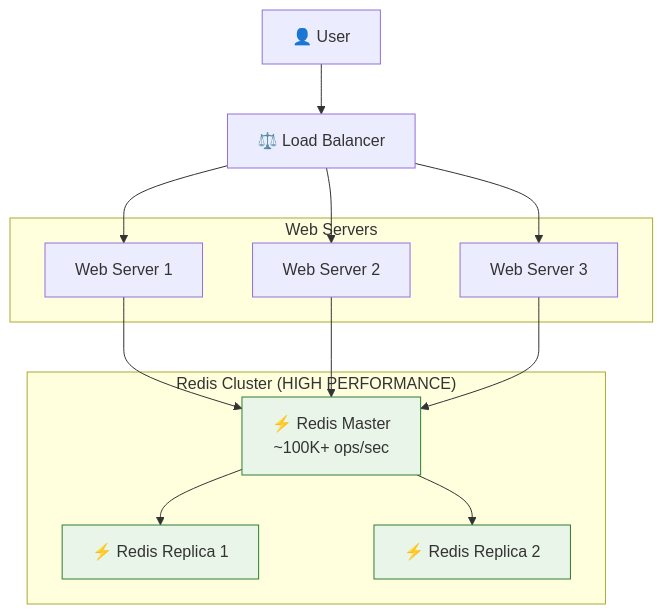
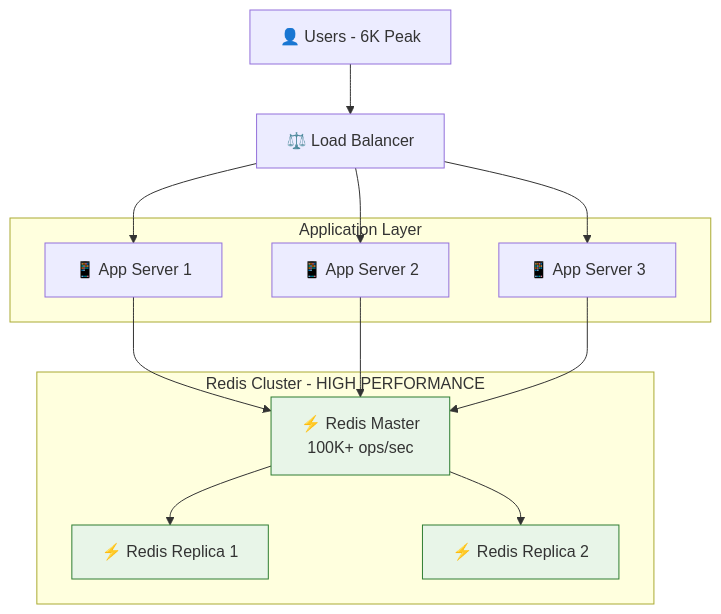
One commit to fewsh-son/redis changed the second of 3 diagrams in login-cookie-cache/README.md. Above: the diagram before and after it, drawn with Mermaid. The commit also changed other lines of this file, not shown here.

````diff
--- a/login-cookie-cache/README.md
+++ b/login-cookie-cache/README.md
@@ -92,33 +53,26 @@
 ```mermaid
 graph TB
-    User[👤 User]
+    User[👤 Users - 6K Peak]
     LB[⚖️ Load Balancer]
 
-    subgraph "Web Servers"
-        WS1[Web Server 1]
-        WS2[Web Server 2]
-        WS3[Web Server 3]
+    subgraph "Application Layer"
+        App1[📱 App Server 1]
+        App2[📱 App Server 2]
+        App3[📱 App Server 3]
     end
 
-    subgraph "Redis Cluster (HIGH PERFORMANCE)"
-        Redis1[⚡ Redis Master<br/>~100K+ ops/sec]
+    subgraph "Redis Cluster - HIGH PERFORMANCE"
+        Redis1[⚡ Redis Master<br/>100K+ ops/sec]
         Redis2[⚡ Redis Replica 1]
         Redis3[⚡ Redis Replica 2]
     end
 
     User --> LB
-    LB --> WS1
-    LB --> WS2
-    LB --> WS3
-
-    WS1 --> Redis1
-    WS2 --> Redis1
-    WS3 --> Redis1
-
-    Redis1 --> Redis2
-    Redis1 --> Redis3
+    LB --> App1 & App2 & App3
+    App1 & App2 & App3 --> Redis1
+    Redis1 --> Redis2 & Redis3
 
     style Redis1 fill:#e8f5e8,stroke:#2e7d32
     style Redis2 fill:#e8f5e8,stroke:#2e7d32
     style Redis3 fill:#e8f5e8,stroke:#2e7d32
 ```
````
